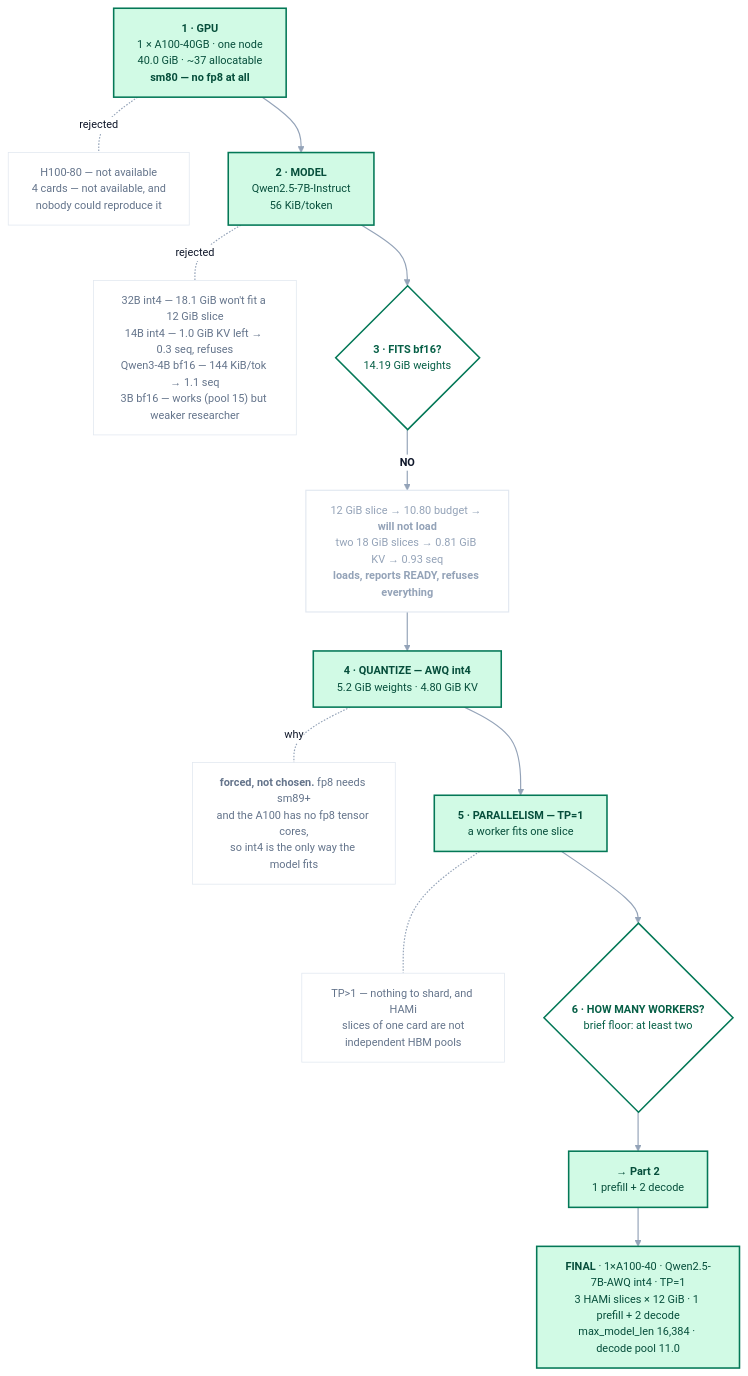
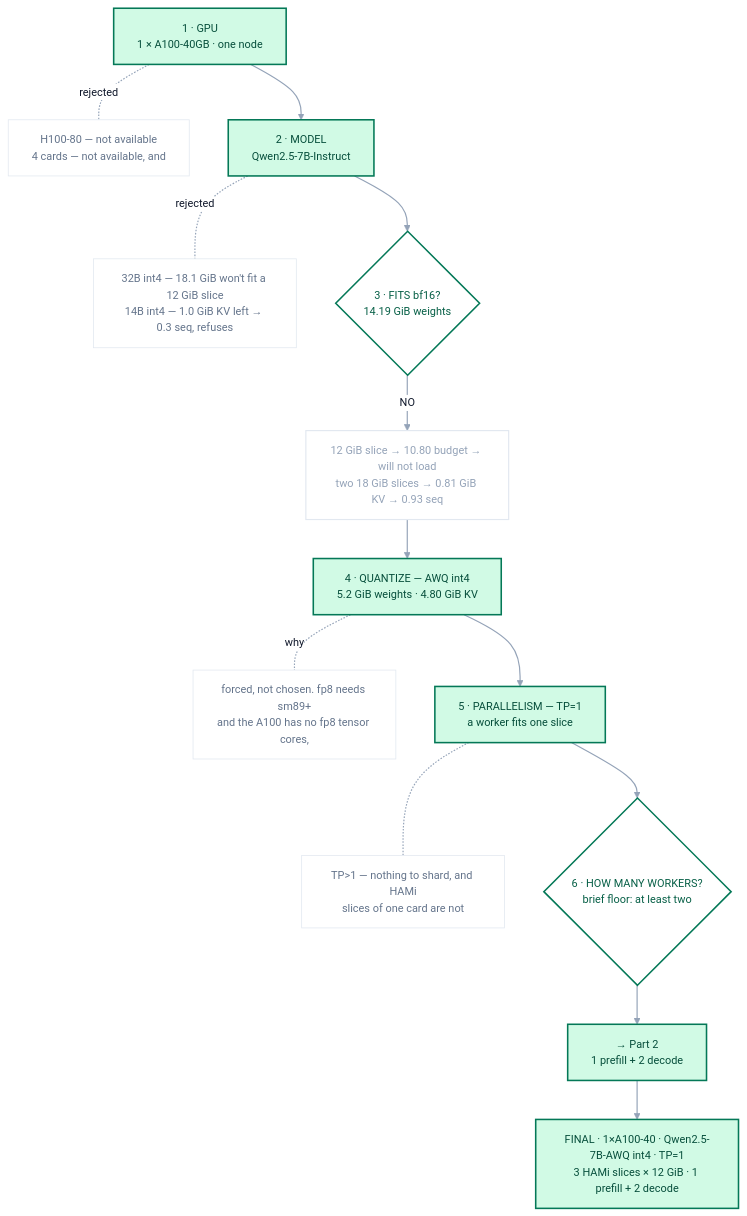
The third of 7 diagrams in SUBMISSION.md (harshuljain13/Dodona), drawn with Mermaid before and after one commit. The commit also changed other lines of this file and 17 other files, not shown here.

````diff
--- a/SUBMISSION.md
+++ b/SUBMISSION.md
@@ -361,61 +361,61 @@
 ```mermaid
 %%{init: {'theme':'base','themeVariables':{
   'fontFamily':'ui-sans-serif, -apple-system, Segoe UI, Inter, Helvetica, Arial, sans-serif','fontSize':'14px',
   'primaryColor':'#ecfdf5','primaryTextColor':'#0f172a','primaryBorderColor':'#059669',
   'secondaryColor':'#f8fafc','tertiaryColor':'#ffffff',
   'lineColor':'#94a3b8','textColor':'#1e293b',
   'clusterBkg':'#ffffff','clusterBorder':'#a7f3d0',
   'edgeLabelBackground':'#ffffff','nodeBorder':'#059669'
 }}}%%
 flowchart TD
-    G["<b>1 · GPU</b><br/>1 × A100-40GB · one node<br/>40.0 GiB · ~37 allocatable<br/><b>sm80 — no fp8 at all</b>"]
-    GX["H100-80 — not available<br/>4 cards — not available, and<br/>nobody could reproduce it"]
+    G["1 · GPU<br/>1 × A100-40GB · one node"]
+    GX["H100-80 — not available<br/>4 cards — not available, and"]
 
-    M["<b>2 · MODEL</b><br/>Qwen2.5-7B-Instruct<br/>56 KiB/token"]
-    MX["32B int4 — 18.1 GiB won't fit a 12 GiB slice<br/>14B int4 — 1.0 GiB KV left → 0.3 seq, refuses<br/>Qwen3-4B bf16 — 144 KiB/tok → 1.1 seq<br/>3B bf16 — works (pool 15) but weaker researcher"]
+    M["2 · MODEL<br/>Qwen2.5-7B-Instruct"]
+    MX["32B int4 — 18.1 GiB won't fit a 12 GiB slice<br/>14B int4 — 1.0 GiB KV left → 0.3 seq, refuses"]
 
-    F{"<b>3 · FITS bf16?</b><br/>14.19 GiB weights"}
-    FX["12 GiB slice → 10.80 budget → <b>will not load</b><br/>two 18 GiB slices → 0.81 GiB KV → 0.93 seq<br/><b>loads, reports READY, refuses everything</b>"]
+    F{"3 · FITS bf16?<br/>14.19 GiB weights"}
+    FX["12 GiB slice → 10.80 budget → will not load<br/>two 18 GiB slices → 0.81 GiB KV → 0.93 seq"]
 
-    Q["<b>4 · QUANTIZE — AWQ int4</b><br/>5.2 GiB weights · 4.80 GiB KV"]
-    QX["<b>forced, not chosen.</b> fp8 needs sm89+<br/>and the A100 has no fp8 tensor cores,<br/>so int4 is the only way the model fits"]
+    Q["4 · QUANTIZE — AWQ int4<br/>5.2 GiB weights · 4.80 GiB KV"]
+    QX["forced, not chosen. fp8 needs sm89+<br/>and the A100 has no fp8 tensor cores,"]
 
-    P["<b>5 · PARALLELISM — TP=1</b><br/>a worker fits one slice"]
-    PX["TP>1 — nothing to shard, and HAMi<br/>slices of one card are not<br/>independent HBM pools"]
+    P["5 · PARALLELISM — TP=1<br/>a worker fits one slice"]
+    PX["TP>1 — nothing to shard, and HAMi<br/>slices of one card are not"]
 
-    R{"<b>6 · HOW MANY WORKERS?</b><br/>brief floor: at least two"}
-    TOPO["<b>→ Part 2</b><br/>1 prefill + 2 decode"]
+    R{"6 · HOW MANY WORKERS?<br/>brief floor: at least two"}
+    TOPO["→ Part 2<br/>1 prefill + 2 decode"]
 
-    FIN["<b>FINAL</b> · 1×A100-40 · Qwen2.5-7B-AWQ int4 · TP=1<br/>3 HAMi slices × 12 GiB · 1 prefill + 2 decode<br/>max_model_len 16,384 · decode pool 11.0"]
+    FIN["FINAL · 1×A100-40 · Qwen2.5-7B-AWQ int4 · TP=1<br/>3 HAMi slices × 12 GiB · 1 prefill + 2 decode"]
 
     G --> M --> F
-    F -->|"<b>NO</b>"| FX
+    F -->|"NO"| FX
     FX --> Q --> P --> R --> TOPO ==> FIN
 
     G -.-|"rejected"| GX
     M -.-|"rejected"| MX
     Q -.-|"why"| QX
     P -.- PX
 
     class G,M,Q,P,TOPO,FIN pick
     class F,R gate
     class FX dead
     class GX,MX,QX,PX note
 
     classDef primary   fill:#ecfdf5,stroke:#059669,stroke-width:1.5px,color:#0f172a
     classDef secondary fill:#f0fdf4,stroke:#16a34a,stroke-width:1.5px,color:#0f172a
     classDef accent    fill:#ffffff,stroke:#059669,stroke-width:1.5px,color:#0f172a
     classDef decision  fill:#ffffff,stroke:#047857,stroke-width:2px,color:#065f46
     classDef gate      fill:#ffffff,stroke:#047857,stroke-width:2px,color:#065f46
     classDef data      fill:#f0fdf4,stroke:#16a34a,stroke-width:1.5px,color:#0f172a
     classDef neutral   fill:#f8fafc,stroke:#cbd5e1,stroke-width:1.5px,color:#475569
     classDef success   fill:#d1fae5,stroke:#047857,stroke-width:1.5px,color:#065f46
     classDef out       fill:#d1fae5,stroke:#047857,stroke-width:1.5px,color:#065f46
     classDef input     fill:#ffffff,stroke:#94a3b8,stroke-width:1.5px,color:#334155
     classDef highlight fill:#dcfce7,stroke:#15803d,stroke-width:1.5px,color:#14532d
     classDef pick      fill:#d1fae5,stroke:#047857,stroke-width:2px,color:#064e3b
     classDef alt       fill:#ecfdf5,stroke:#059669,stroke-width:1.5px,color:#0f172a
     classDef dead      fill:#ffffff,stroke:#e2e8f0,stroke-width:1.5px,color:#94a3b8
     classDef note      fill:#ffffff,stroke:#e2e8f0,stroke-width:1px,color:#64748b
     linkStyle default stroke:#94a3b8,stroke-width:1.5px
 ```
````
